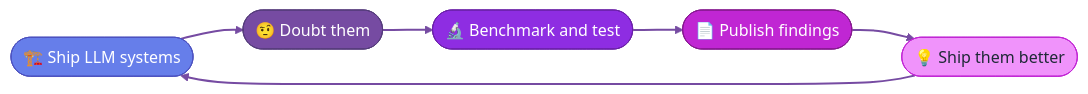
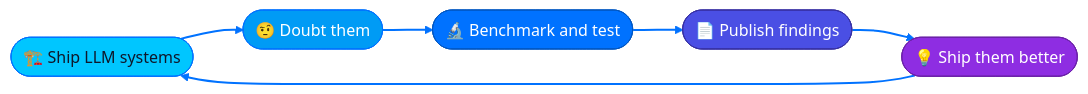
One commit to mmohajer9/mmohajer9 changed the diagram in README.md. Above: the diagram before and after it, drawn with Mermaid. The commit also changed other lines of this file, not shown here.

````diff
--- a/README.md
+++ b/README.md
@@ -28,14 +28,14 @@
 ```mermaid
 flowchart LR
     A(["🏗️ Ship LLM systems"]) --> B(["🤨 Doubt them"])
     B --> C(["🔬 Benchmark and test"])
     C --> D(["📄 Publish findings"])
     D --> E(["💡 Ship them better"])
     E --> A
-    style A fill:#667eea,stroke:#4c51bf,color:#ffffff
-    style B fill:#764ba2,stroke:#553c7b,color:#ffffff
-    style C fill:#8e2de2,stroke:#6b21a8,color:#ffffff
-    style D fill:#c026d3,stroke:#86198f,color:#ffffff
-    style E fill:#f093fb,stroke:#c026d3,color:#1f2937
-    linkStyle default stroke:#764ba2,stroke-width:2px
+    style A fill:#00c6ff,stroke:#0072ff,color:#0f172a
+    style B fill:#009bf5,stroke:#0072ff,color:#ffffff
+    style C fill:#0072ff,stroke:#0057c2,color:#ffffff
+    style D fill:#4a4fe4,stroke:#3730a3,color:#ffffff
+    style E fill:#8e2de2,stroke:#6b21a8,color:#ffffff
+    linkStyle default stroke:#0072ff,stroke-width:2px
 ```
````
